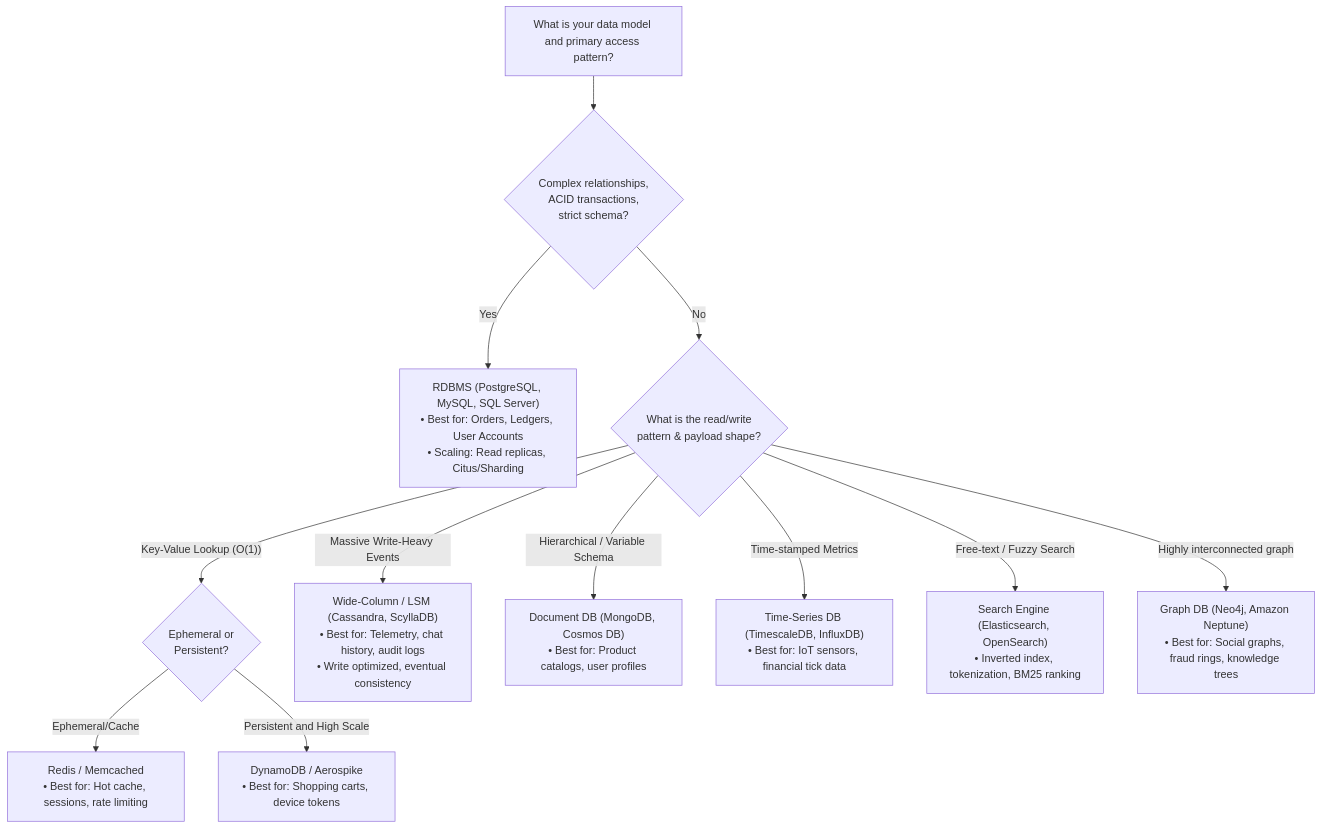
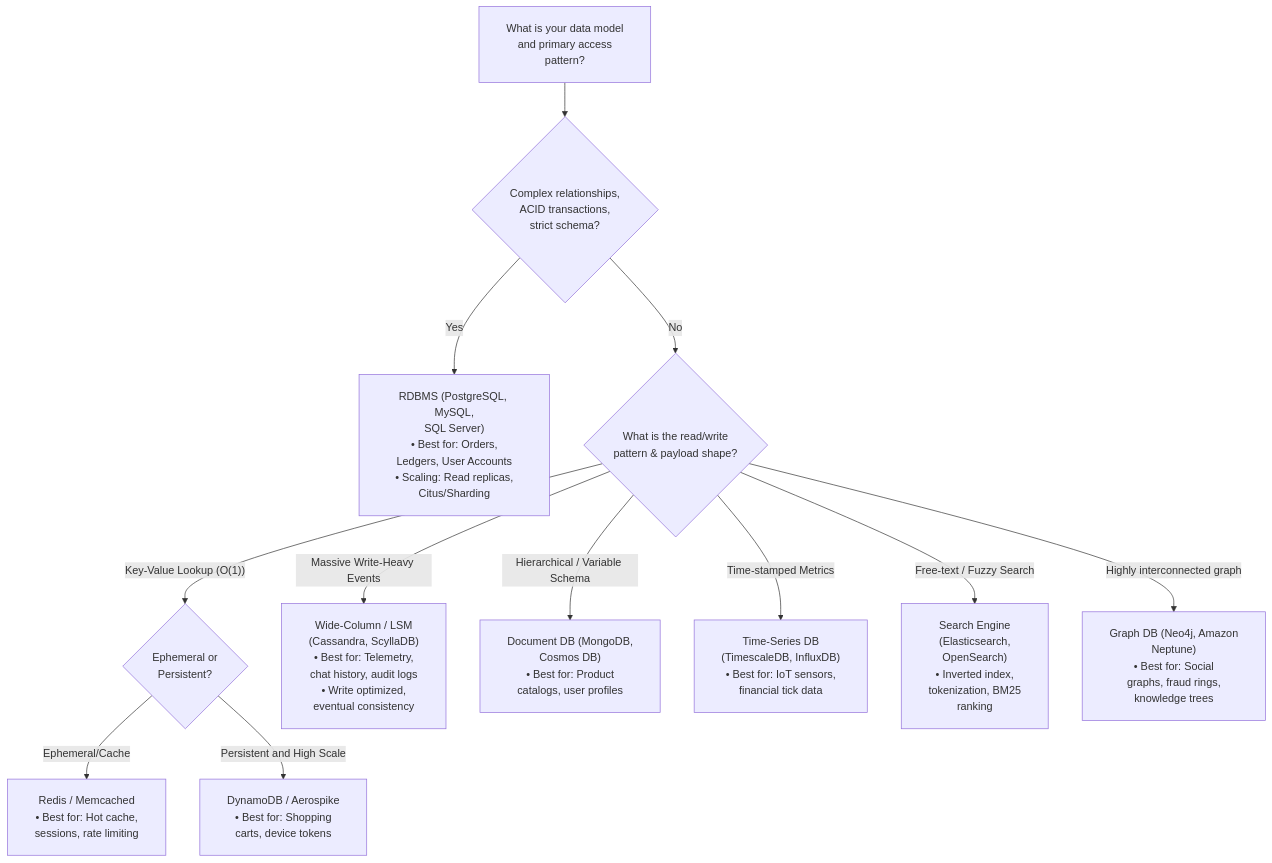
Before and after one commit to dip4k/DSA_102: the second of 3 diagrams in LLD/00_Core_Concepts/10_Interview_Quick_Reference_and_Checklists.md, drawn with Mermaid. The commit also changed other lines of this file and 108 other files, not shown here.

First line of the commit message:
fix(mermaid): resolve diagram clipping, padding, and syntax issues across repo

````diff
--- a/LLD/00_Core_Concepts/10_Interview_Quick_Reference_and_Checklists.md
+++ b/LLD/00_Core_Concepts/10_Interview_Quick_Reference_and_Checklists.md
@@ -86,20 +87,21 @@
 ```mermaid
+%%{init: {"flowchart": {"htmlLabels": true, "padding": 20}}}%%
 flowchart TD
-    Start["What is your data model and primary access pattern?"] --> Rel{"Complex relationships,<br/>ACID transactions,<br/>strict schema?"}
-    Rel -->|"Yes"| SQL["RDBMS (PostgreSQL, MySQL, SQL Server)<br/>• Best for: Orders, Ledgers, User Accounts<br/>• Scaling: Read replicas, Citus/Sharding"]
+    Start["What is your data model<br/>and primary access<br/>pattern?"] --> Rel{"Complex relationships,<br/>ACID transactions,<br/>strict schema?"}
+    Rel -->|"Yes"| SQL["RDBMS (PostgreSQL, MySQL,<br/>SQL Server)<br/>• Best for: Orders,<br/>Ledgers, User Accounts<br/>• Scaling: Read replicas,<br/>Citus/Sharding"]
     Rel -->|"No"| Access{"What is the read/write<br/>pattern & payload shape?"}
 
     Access -->|"Key-Value Lookup (O(1)) "| KV{"Ephemeral or<br/>Persistent?"}
-    KV -->|"Ephemeral/Cache"| Redis["Redis / Memcached<br/>• Best for: Hot cache, sessions, rate limiting"]
-    KV -->|"Persistent and High Scale"| Dynamo["DynamoDB / Aerospike<br/>• Best for: Shopping carts, device tokens"]
+    KV -->|"Ephemeral/Cache"| Redis["Redis / Memcached<br/>• Best for: Hot cache,<br/>sessions, rate limiting"]
+    KV -->|"Persistent and High Scale"| Dynamo["DynamoDB / Aerospike<br/>• Best for: Shopping<br/>carts, device tokens"]
 
-    Access -- Massive Write-Heavy Events --> LSM["Wide-Column / LSM (Cassandra, ScyllaDB)<br/>• Best for: Telemetry, chat history, audit logs<br/>• Write optimized, eventual consistency"]
+    Access -- Massive Write-Heavy Events --> LSM["Wide-Column / LSM<br/>(Cassandra, ScyllaDB)<br/>• Best for: Telemetry,<br/>chat history, audit logs<br/>• Write optimized,<br/>eventual consistency"]
 
-    Access -->|"Hierarchical / Variable Schema"| Doc["Document DB (MongoDB, Cosmos DB)<br/>• Best for: Product catalogs, user profiles"]
+    Access -->|"Hierarchical / Variable Schema"| Doc["Document DB (MongoDB,<br/>Cosmos DB)<br/>• Best for: Product<br/>catalogs, user profiles"]
 
-    Access -- Time-stamped Metrics --> TS["Time-Series DB (TimescaleDB, InfluxDB)<br/>• Best for: IoT sensors, financial tick data"]
+    Access -- Time-stamped Metrics --> TS["Time-Series DB<br/>(TimescaleDB, InfluxDB)<br/>• Best for: IoT sensors,<br/>financial tick data"]
 
-    Access -- Free-text / Fuzzy Search --> Search["Search Engine (Elasticsearch, OpenSearch)<br/>• Inverted index, tokenization, BM25 ranking"]
+    Access -- Free-text / Fuzzy Search --> Search["Search Engine<br/>(Elasticsearch,<br/>OpenSearch)<br/>• Inverted index,<br/>tokenization, BM25<br/>ranking"]
 
-    Access -->|"Highly interconnected graph"| Graph["Graph DB (Neo4j, Amazon Neptune)<br/>• Best for: Social graphs, fraud rings, knowledge trees"]
+    Access -->|"Highly interconnected graph"| Graph["Graph DB (Neo4j, Amazon<br/>Neptune)<br/>• Best for: Social<br/>graphs, fraud rings,<br/>knowledge trees"]
 ```
````
